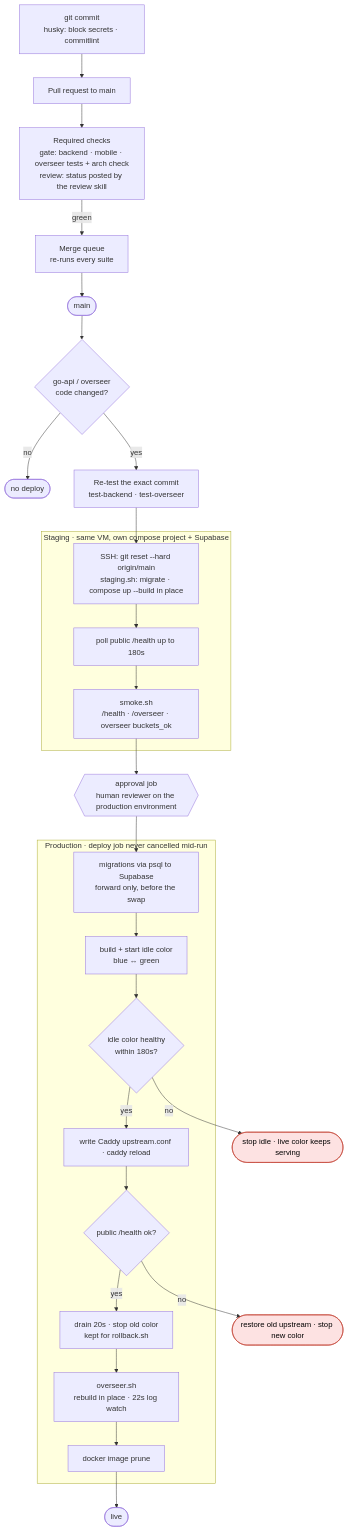
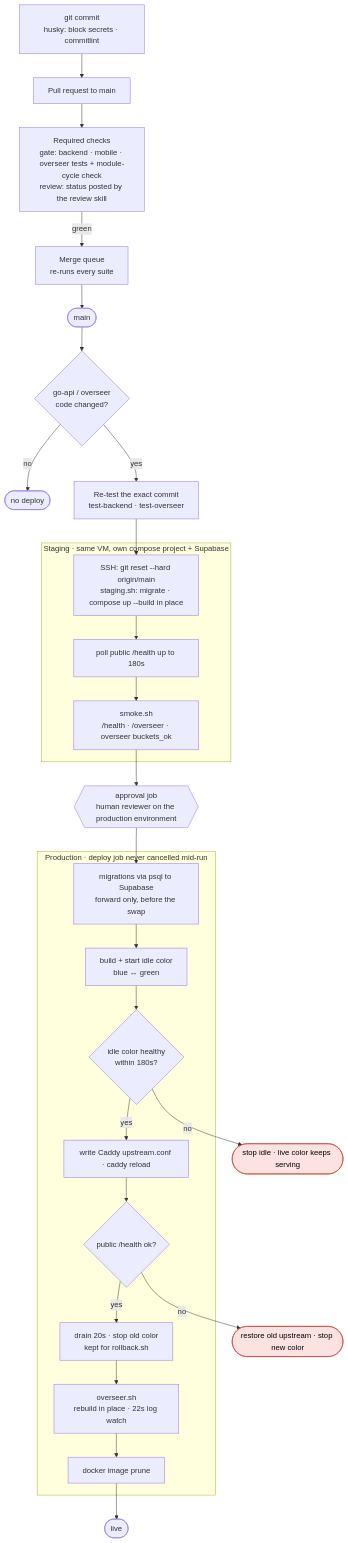
The first of 2 diagrams in docs/diagrams/delivery.md (aleburrascano/altune), drawn with Mermaid before and after one commit.

Commit message:
docs(docs): name the cycles check in the delivery diagram (closes #2610) (#2611)

````diff
--- a/docs/diagrams/delivery.md
+++ b/docs/diagrams/delivery.md
@@ -7,42 +7,42 @@
 ```mermaid
 flowchart TD
     commit["git commit<br/>husky: block secrets · commitlint"] --> pr["Pull request to main"]
-    pr --> gate["Required checks<br/>gate: backend · mobile · overseer tests + arch check<br/>review: status posted by the review skill"]
+    pr --> gate["Required checks<br/>gate: backend · mobile · overseer tests + module-cycle check<br/>review: status posted by the review skill"]
     gate -->|green| mq["Merge queue<br/>re-runs every suite"]
     mq --> main(["main"])
     main --> changed{"go-api / overseer<br/>code changed?"}
     changed -->|no| skip(["no deploy"])
     changed -->|yes| retest["Re-test the exact commit<br/>test-backend · test-overseer"]
 
     subgraph staging [Staging · same VM, own compose project + Supabase]
         st_deploy["SSH: git reset --hard origin/main<br/>staging.sh: migrate · compose up --build in place"]
         st_health["poll public /health up to 180s"]
         smoke["smoke.sh<br/>/health · /overseer · overseer buckets_ok"]
         st_deploy --> st_health --> smoke
     end
 
     retest --> st_deploy
     smoke --> approve{{"approval job<br/>human reviewer on the production environment"}}
 
     subgraph live_env [Production · deploy job never cancelled mid-run]
         migrate["migrations via psql to Supabase<br/>forward only, before the swap"]
         build["build + start idle color<br/>blue ↔ green"]
         healthy{"idle color healthy<br/>within 180s?"}
         flip["write Caddy upstream.conf · caddy reload"]
         verify{"public /health ok?"}
         drain["drain 20s · stop old color<br/>kept for rollback.sh"]
         overseer["overseer.sh<br/>rebuild in place · 22s log watch"]
         prune["docker image prune"]
         migrate --> build --> healthy
         healthy -->|yes| flip --> verify
         verify -->|yes| drain --> overseer --> prune
     end
 
     approve --> migrate
     healthy -->|no| keep(["stop idle · live color keeps serving"])
     verify -->|no| restore(["restore old upstream · stop new color"])
     prune --> done(["live"])
 
     classDef fail fill:#fde2e2,stroke:#c0392b,color:#000
     class keep,restore fail
 ```
````
